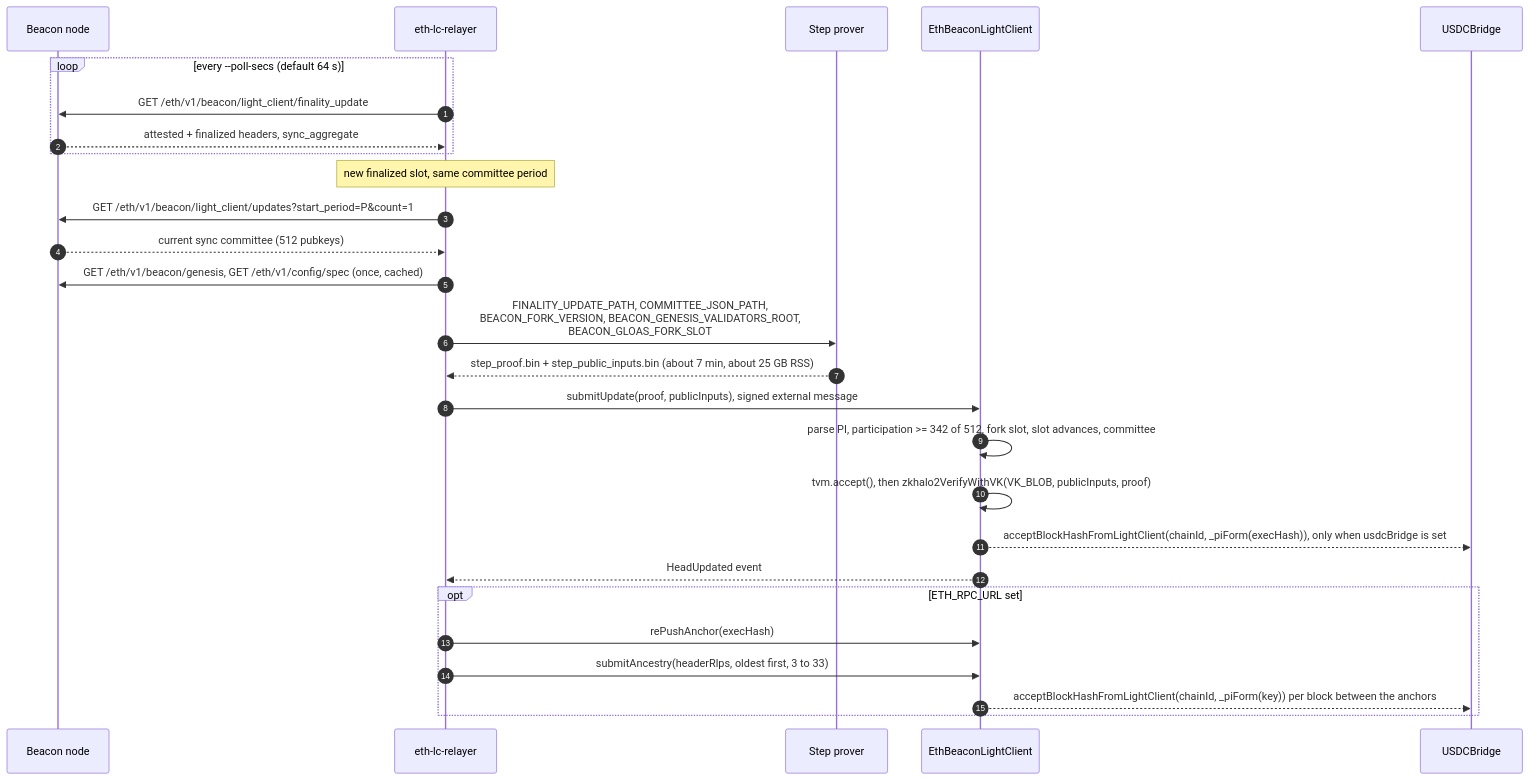
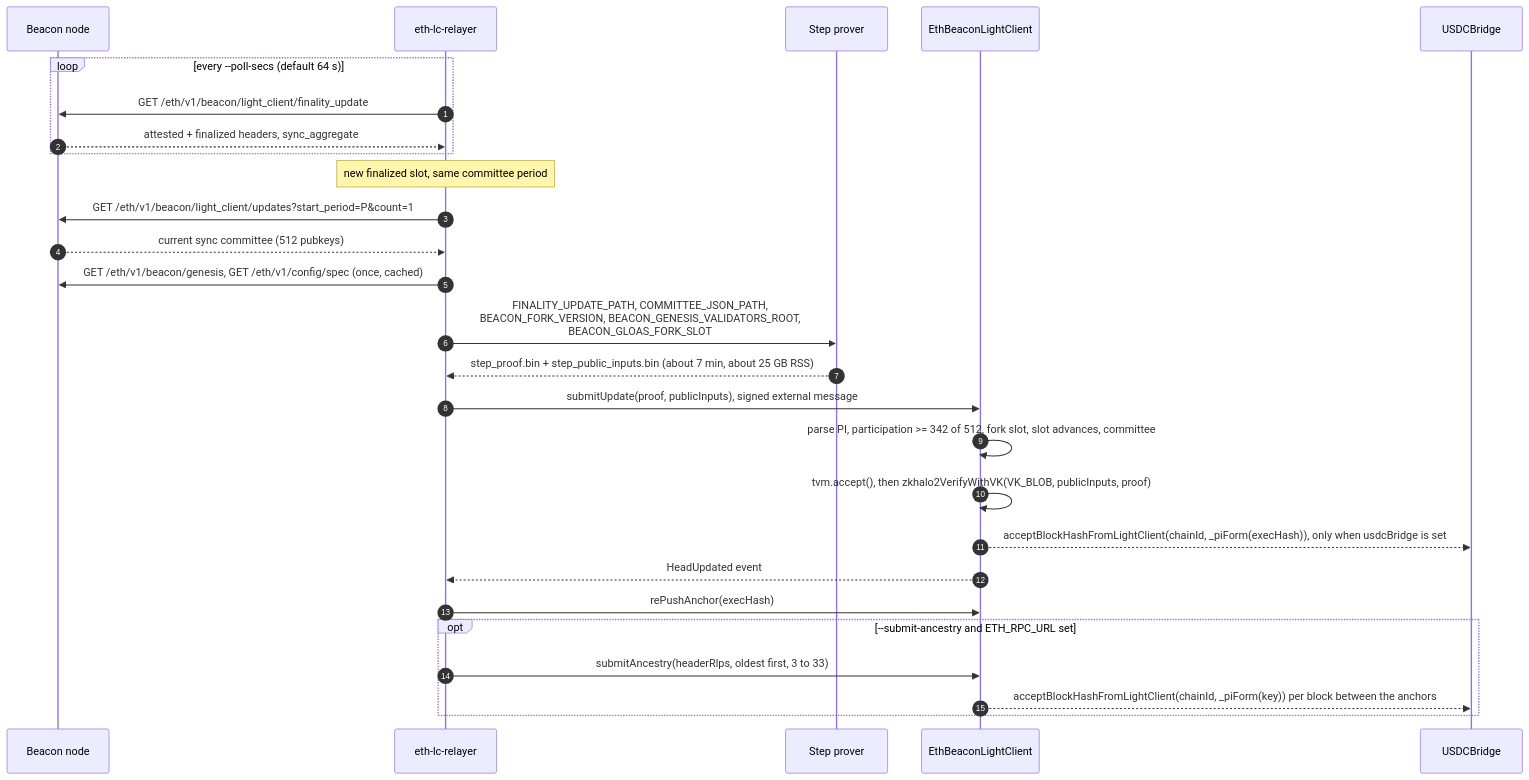
One commit to gosh-sh/bridge changed the second of 5 diagrams in docs/eth-light-client.md. Above: the diagram before and after it, drawn with Mermaid. The commit also changed other lines of this file and 15 other files, not shown here.

````diff
--- a/docs/eth-light-client.md
+++ b/docs/eth-light-client.md
@@ -100,29 +103,29 @@
 ```mermaid
 sequenceDiagram
   autonumber
   participant B as Beacon node
   participant R as eth-lc-relayer
   participant P as Step prover
   participant LC as EthBeaconLightClient
   participant UB as USDCBridge
   loop every --poll-secs (default 64 s)
     R->>B: GET /eth/v1/beacon/light_client/finality_update
     B-->>R: attested + finalized headers, sync_aggregate
   end
   Note over R: new finalized slot, same committee period
   R->>B: GET /eth/v1/beacon/light_client/updates?start_period=P&count=1
   B-->>R: current sync committee (512 pubkeys)
   R->>B: GET /eth/v1/beacon/genesis, GET /eth/v1/config/spec (once, cached)
   R->>P: FINALITY_UPDATE_PATH, COMMITTEE_JSON_PATH,<br/>BEACON_FORK_VERSION, BEACON_GENESIS_VALIDATORS_ROOT,<br/>BEACON_GLOAS_FORK_SLOT
   P-->>R: step_proof.bin + step_public_inputs.bin (about 7 min, about 25 GB RSS)
   R->>LC: submitUpdate(proof, publicInputs), signed external message
   LC->>LC: parse PI, participation >= 342 of 512, fork slot, slot advances, committee
   LC->>LC: tvm.accept(), then zkhalo2VerifyWithVK(VK_BLOB, publicInputs, proof)
   LC-->>UB: acceptBlockHashFromLightClient(chainId, _piForm(execHash)), only when usdcBridge is set
   LC-->>R: HeadUpdated event
-  opt ETH_RPC_URL set
-    R->>LC: rePushAnchor(execHash)
+  R->>LC: rePushAnchor(execHash)
+  opt --submit-ancestry and ETH_RPC_URL set
     R->>LC: submitAncestry(headerRlps, oldest first, 3 to 33)
     LC-->>UB: acceptBlockHashFromLightClient(chainId, _piForm(key)) per block between the anchors
   end
 ```
````
